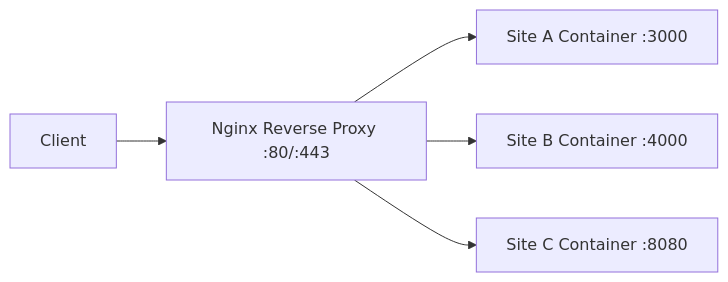
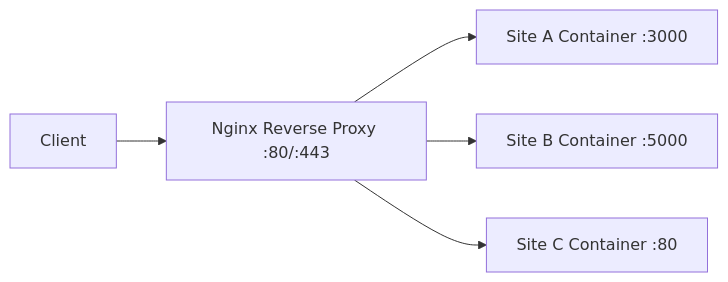
Before and after one commit to OneUptime/blog: the diagram in posts/2026-02-08-how-to-set-up-multiple-websites-on-one-docker-host-with-nginx/README.md, drawn with Mermaid. The commit also changed other lines of this file and 2 other files, not shown here.

Commit message:
validate: 2026-02-08-how-to-set-up-multiple-websites-on-one-docker-host-with-nginx

````diff
--- a/posts/2026-02-08-how-to-set-up-multiple-websites-on-one-docker-host-with-nginx/README.md
+++ b/posts/2026-02-08-how-to-set-up-multiple-websites-on-one-docker-host-with-nginx/README.md
@@ -19,7 +19,7 @@
 ```mermaid
 graph LR
     Client --> Nginx[Nginx Reverse Proxy :80/:443]
     Nginx --> SiteA[Site A Container :3000]
-    Nginx --> SiteB[Site B Container :4000]
-    Nginx --> SiteC[Site C Container :8080]
+    Nginx --> SiteB[Site B Container :5000]
+    Nginx --> SiteC[Site C Container :80]
 ```
````
